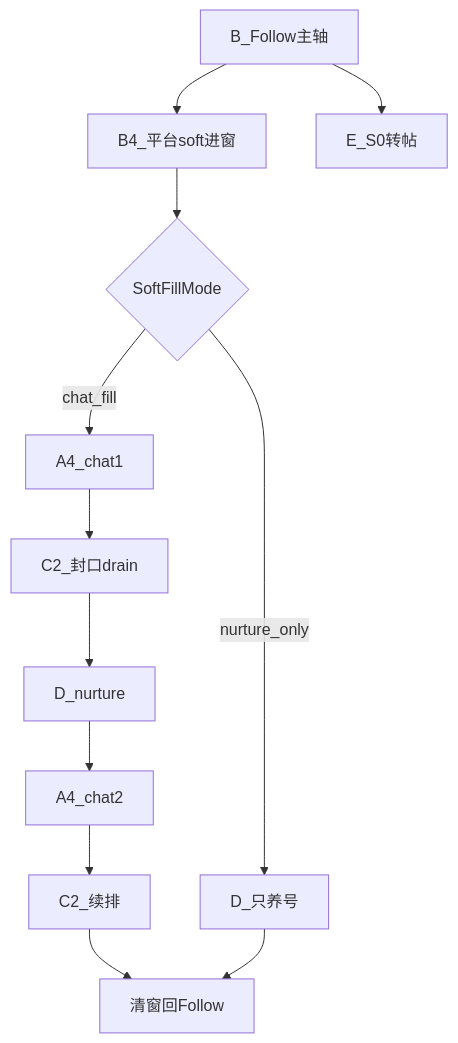
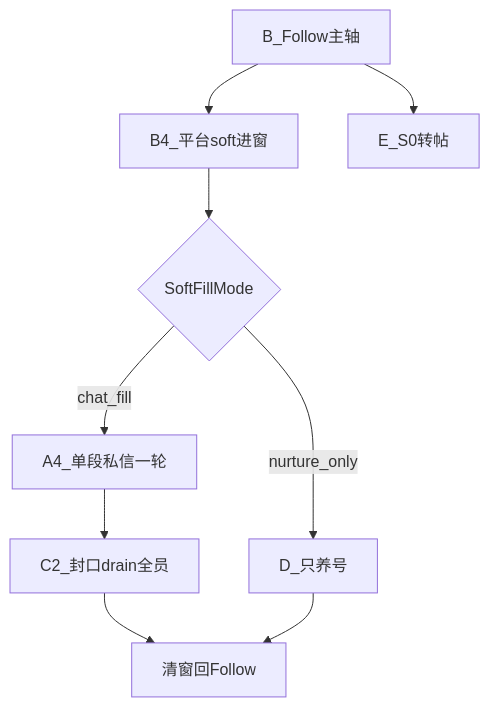
The diagram in docs/调度工作手册.md (tttonylu/zhinengdiaodu), drawn with Mermaid before and after one commit. The commit also changed other lines of this file, not shown here.

````diff
--- a/docs/调度工作手册.md
+++ b/docs/调度工作手册.md
@@ -682,14 +776,11 @@
 ```mermaid
 flowchart TD
   follow[B_Follow主轴] --> soft[B4_平台soft进窗]
   soft --> mode{SoftFillMode}
-  mode -->|chat_fill| chat1[A4_chat1]
-  chat1 --> c2a[C2_封口drain]
-  c2a --> nur[D_nurture]
-  nur --> chat2[A4_chat2]
-  chat2 --> c2b[C2_续排]
-  c2b --> back[清窗回Follow]
+  mode -->|chat_fill| chatRound[A4_单段私信一轮]
+  chatRound --> c2drain[C2_封口drain全员]
+  c2drain --> back[清窗回Follow]
   mode -->|nurture_only| nurOnly[D_只养号]
   nurOnly --> back
   follow --> s0[E_S0转帖]
 ```
````
